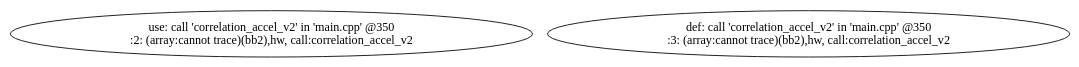
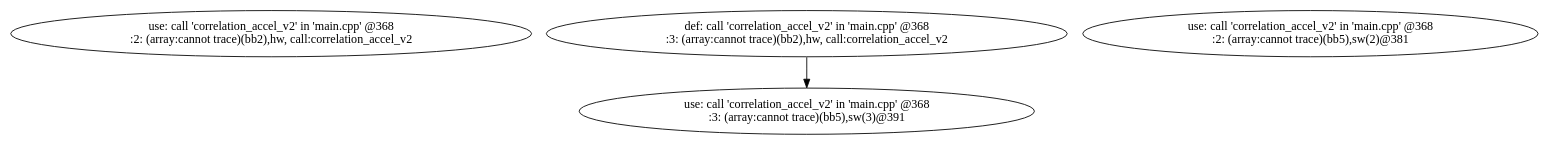
Before and after one commit to nguyencanhtrung/SDSoC: the diagram in workspace/correlation_ver2_axis/correlation_axis_ver2/SDRelease/_sds/.llvm/_px_defuse_main.dot, drawn with Graphviz. The commit also changed 6883 other files, not shown here.

Commit message:
Add v2: nodata flow Add v3: data flow - Stream FIFO = 252

```diff
--- a/workspace/correlation_ver2_axis/correlation_axis_ver2/SDRelease/_sds/.llvm/_px_defuse_main.dot
+++ b/workspace/correlation_ver2_axis/correlation_axis_ver2/SDRelease/_sds/.llvm/_px_defuse_main.dot
@@ -1,4 +1,7 @@
 digraph defuse_graph {
-v0 [label = "use: call 'correlation_accel_v2' in 'main.cpp' @350\n:2: (array:cannot trace)(bb2),hw, call:correlation_accel_v2"];
-v1 [label = "def: call 'correlation_accel_v2' in 'main.cpp' @350\n:3: (array:cannot trace)(bb2),hw, call:correlation_accel_v2"];
+v0 [label = "use: call 'correlation_accel_v2' in 'main.cpp' @368\n:2: (array:cannot trace)(bb2),hw, call:correlation_accel_v2"];
+v1 [label = "def: call 'correlation_accel_v2' in 'main.cpp' @368\n:3: (array:cannot trace)(bb2),hw, call:correlation_accel_v2"];
+v2 [label = "use: call 'correlation_accel_v2' in 'main.cpp' @368\n:2: (array:cannot trace)(bb5),sw(2)@381"];
+v3 [label = "use: call 'correlation_accel_v2' in 'main.cpp' @368\n:3: (array:cannot trace)(bb5),sw(3)@391"];
+v1 -> v3;
 }
```
